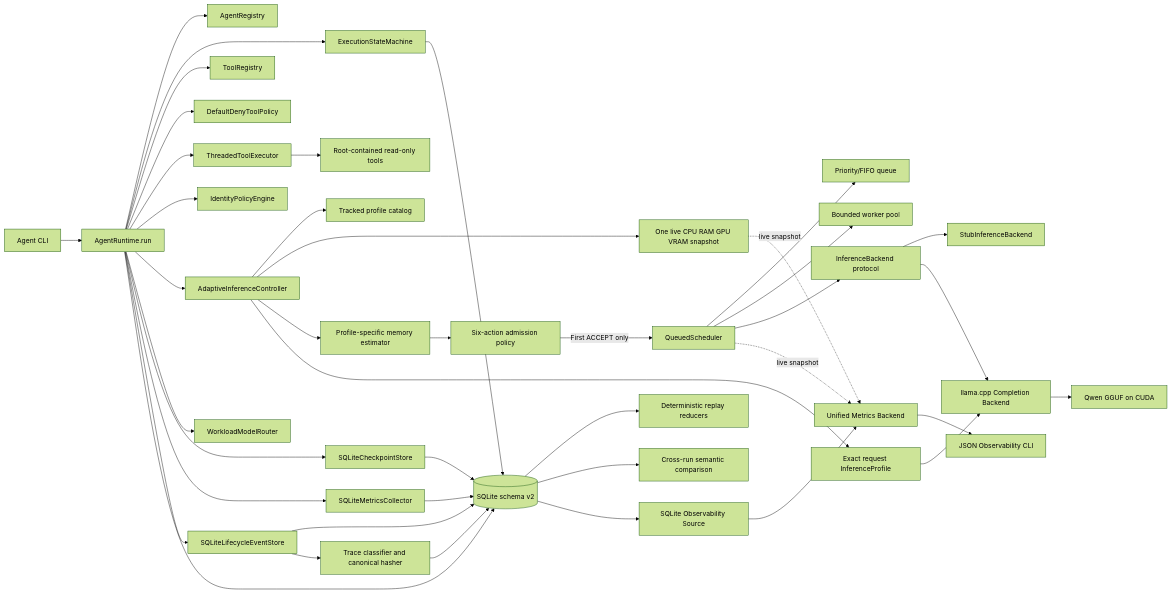
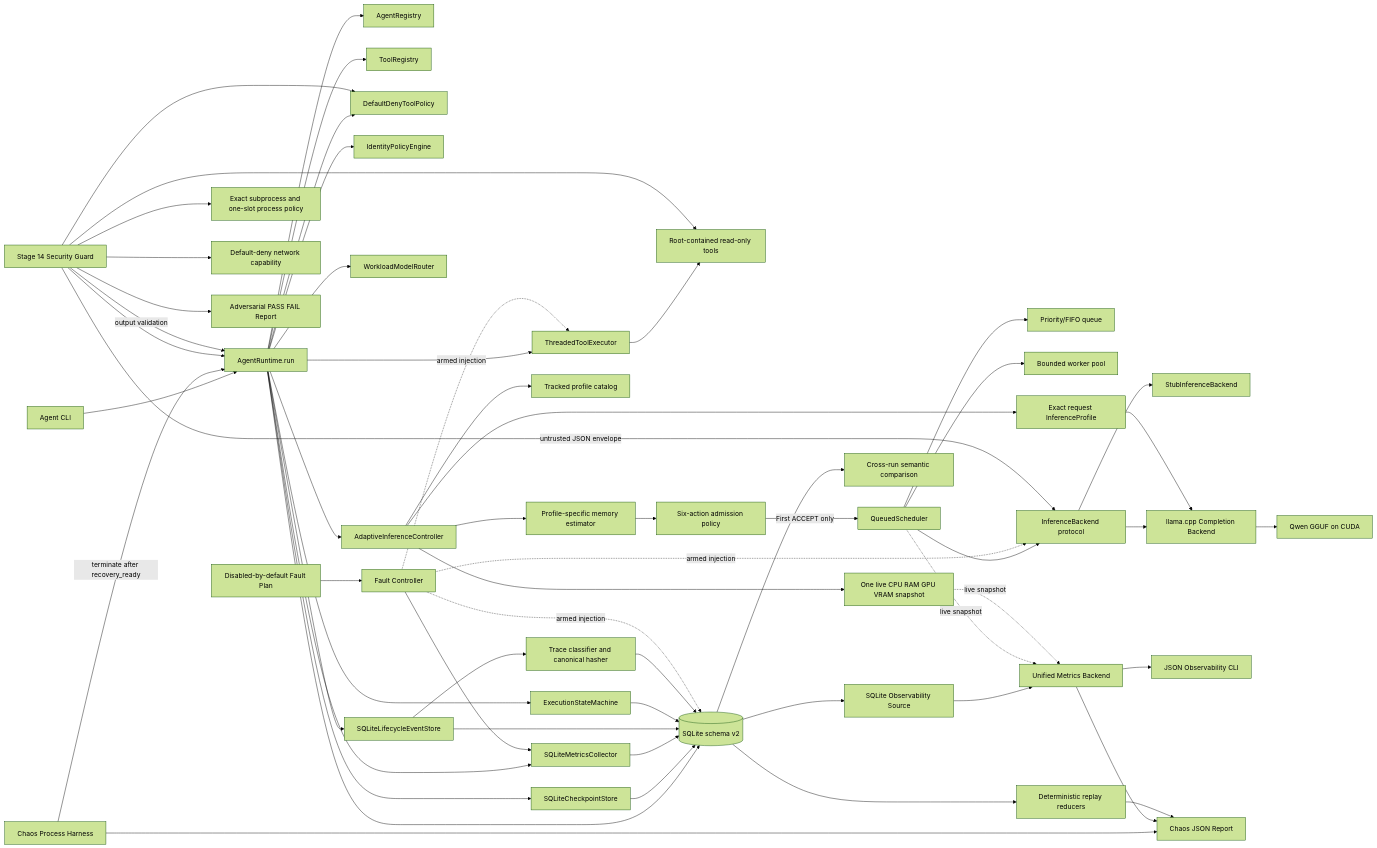
Before and after one commit to kunalvaghani/Local-AI-System-Lab: the diagram in docs/architecture.md, drawn with Mermaid (forest theme). The commit also changed other lines of this file and 65 other files, not shown here.

````diff
--- a/docs/architecture.md
+++ b/docs/architecture.md
@@ -12,43 +37,60 @@
 ```mermaid
 flowchart LR
     C[Agent CLI] --> R[AgentRuntime.run]
     R --> A[AgentRegistry]
     R --> X[ExecutionStateMachine]
     R --> TR[ToolRegistry]
     R --> TP[DefaultDenyToolPolicy]
     R --> TE[ThreadedToolExecutor]
     TE --> ST[Root-contained read-only tools]
     R --> P[IdentityPolicyEngine]
     R --> AC[AdaptiveInferenceController]
     AC --> PC[Tracked profile catalog]
     AC --> HP[One live CPU RAM GPU VRAM snapshot]
     AC --> ME[Profile-specific memory estimator]
     ME --> AD[Six-action admission policy]
     AD -->|First ACCEPT only| S[QueuedScheduler]
     S --> Q[Priority/FIFO queue]
     S --> W[Bounded worker pool]
     R --> M[WorkloadModelRouter]
     S --> I[InferenceBackend protocol]
     I --> U[StubInferenceBackend]
     I --> L[llama.cpp Completion Backend]
     AC --> IP[Exact request InferenceProfile]
     IP --> L
     R --> K[SQLiteCheckpointStore]
     R --> E[SQLiteMetricsCollector]
     R --> V[SQLiteLifecycleEventStore]
     R --> D[(SQLite schema v2)]
     K --> D
     E --> D
     V --> D
     X --> D
     V --> T[Trace classifier and canonical hasher]
     T --> D
     D --> RP[Deterministic replay reducers]
     D --> CP[Cross-run semantic comparison]
     L --> G[Qwen GGUF on CUDA]
     D --> OS[SQLite Observability Source]
     OS --> O[Unified Metrics Backend]
     S -. live snapshot .-> O
     HP -. live snapshot .-> O
     O --> OC[JSON Observability CLI]
+    FP[Disabled-by-default Fault Plan] --> FC[Fault Controller]
+    FC -. armed injection .-> I
+    FC -. armed injection .-> TE
+    FC -. armed injection .-> D
+    FC --> E
+    CH[Chaos Process Harness] -->|terminate after recovery_ready| R
+    CH --> CR[Chaos JSON Report]
+    O --> CR
+    RP --> CR
+    SG[Stage 14 Security Guard] --> R
+    SG -->|untrusted JSON envelope| I
+    SG -->|output validation| R
+    SG --> SP[Exact subprocess and one-slot process policy]
+    SG --> NP[Default-deny network capability]
+    SG --> AP[Adversarial PASS FAIL Report]
+    SG --> TP
+    SG --> ST
 ```
````
